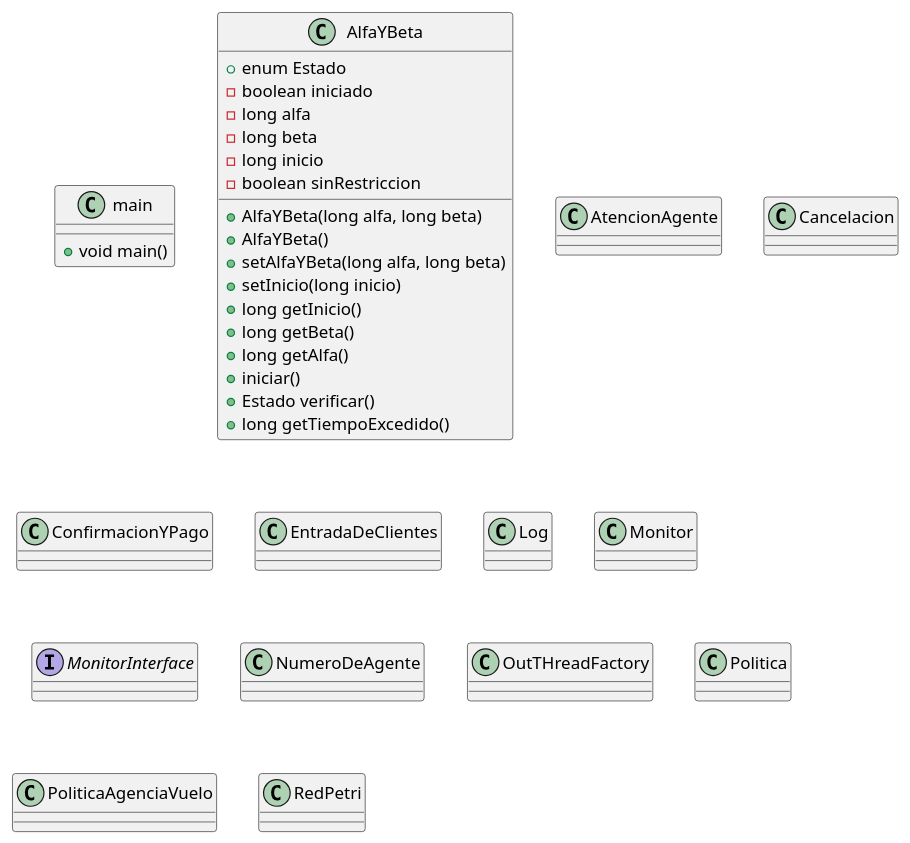
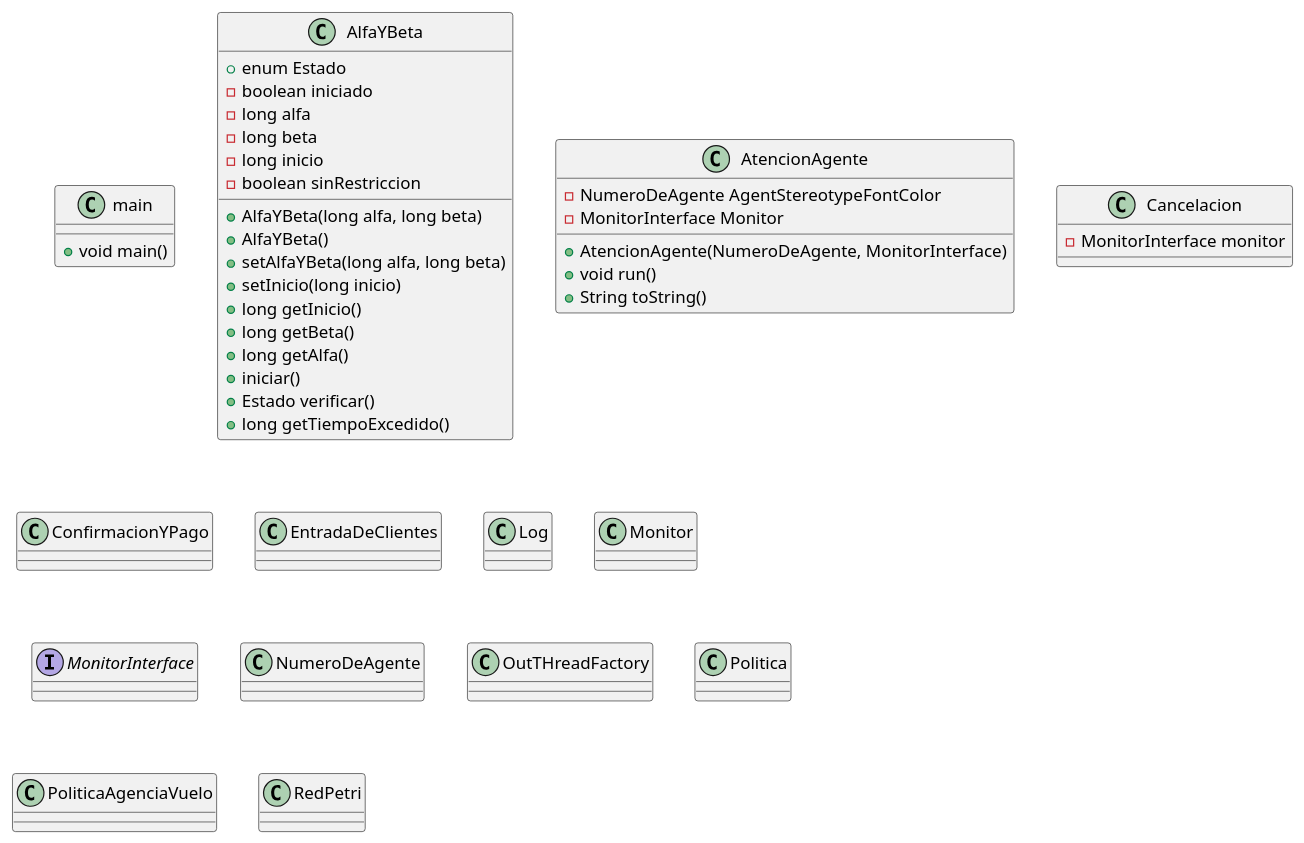
The diagram in doc/diagrama_class.puml (JosiasTomasnanez/flightAgencyAttendanceMonitor), drawn with PlantUML before and after one commit.

Commit message:
Agregar Clase Atencion Agente

```diff
--- a/doc/diagrama_class.puml
+++ b/doc/diagrama_class.puml
@@ -1,50 +1,58 @@
 @startuml clases
 
 class main{
     + void main()
 }
 
 class AlfaYBeta{
     + enum Estado
     - boolean iniciado
     - long alfa
     - long beta
     - long inicio
     - boolean sinRestriccion
     + AlfaYBeta(long alfa, long beta)
     + AlfaYBeta()
     + setAlfaYBeta(long alfa, long beta)
     + setInicio(long inicio)
     + long getInicio()
     + long getBeta()
     + long getAlfa()
     + iniciar()
     + Estado verificar()
     + long getTiempoExcedido()
 }
 
-class AtencionAgente{}
+class AtencionAgente{
+    - NumeroDeAgente AgentStereotypeFontColor
+    - MonitorInterface Monitor
+    + AtencionAgente(NumeroDeAgente, MonitorInterface)
+    + void run()
+    + String toString()
+}
 
-class Cancelacion{}
+class Cancelacion{
+    - MonitorInterface monitor
+}
 
 class ConfirmacionYPago{}
 
 class EntradaDeClientes{}
 
 class Log{}
 
 class Monitor{}
 
 interface MonitorInterface{}
 
 class NumeroDeAgente{}
 
 class OutTHreadFactory{}
 
 class Politica{}
 
 class PoliticaAgenciaVuelo{}
 
 class RedPetri{}
 
 @enduml
```
